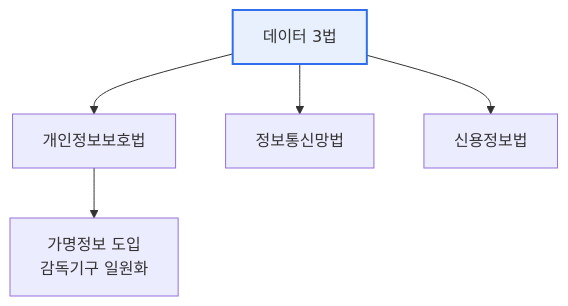
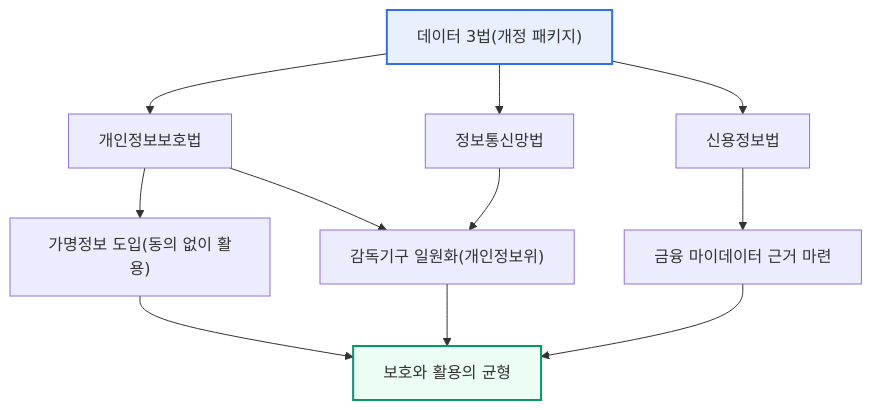
The first of 2 diagrams in content/data3law-mydata.md (coninggu/wjdqhrhksflrltnftk), drawn with Mermaid before and after one commit. The commit also changed other lines of this file and 3 other files, not shown here.

Commit message:
Deepen 변조(Modification)와 위조(Fabrication), 데이터 3법과 마이데이터 (auto)

````diff
--- a/content/data3law-mydata.md
+++ b/content/data3law-mydata.md
@@ -15,8 +20,15 @@
 ```mermaid
 flowchart TB
-  D[데이터 3법] --> P[개인정보보호법]
-  D --> N[정보통신망법]
-  D --> C[신용정보법]
-  P --> G["가명정보 도입<br/>감독기구 일원화"]
+  D["데이터 3법(개정 패키지)"] --> P["개인정보보호법"]
+  D --> N["정보통신망법"]
+  D --> C["신용정보법"]
+  P --> G1["가명정보 도입(동의 없이 활용)"]
+  P --> G2["감독기구 일원화(개인정보위)"]
+  N --> G2
+  C --> G3["금융 마이데이터 근거 마련"]
+  G1 --> BAL["보호와 활용의 균형"]
+  G2 --> BAL
+  G3 --> BAL
   style D fill:#e8f0fe,stroke:#2f6fed,stroke-width:2px
+  style BAL fill:#ecfdf5,stroke:#059669,stroke-width:2px
 ```
````
